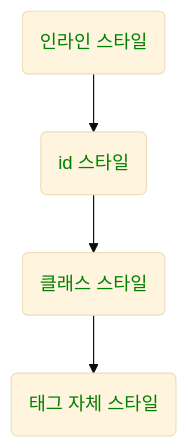
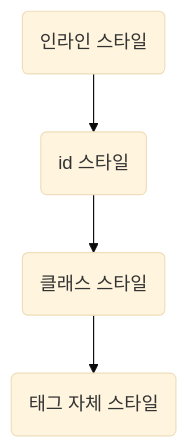
The second of 2 diagrams in src/content/CSS/cascade.md (kidboi666/ssg-blog), drawn with Mermaid (base theme) before and after one commit. The commit also changed other lines of this file and 18 other files, not shown here.

````diff
--- a/src/content/CSS/cascade.md
+++ b/src/content/CSS/cascade.md
@@ -52,6 +47,4 @@
 ```mermaid
-
 flowchart TD
 	A(인라인 스타일) --> B(id 스타일) --> C(클래스 스타일) --> D(태그 자체 스타일)
-classDef default color: green;
 ```
````
